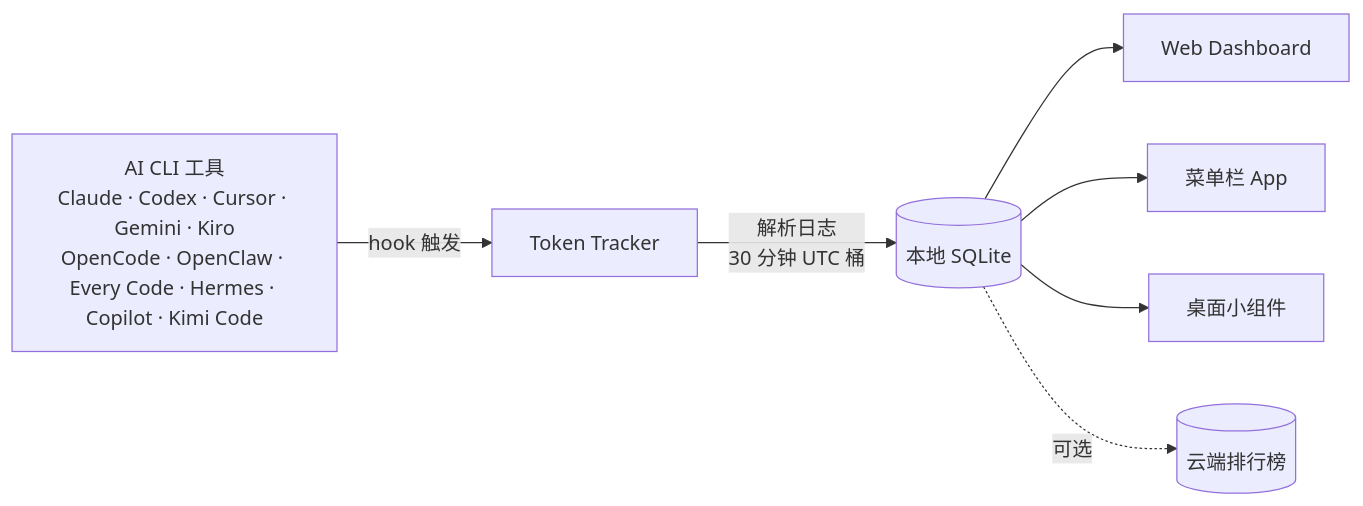
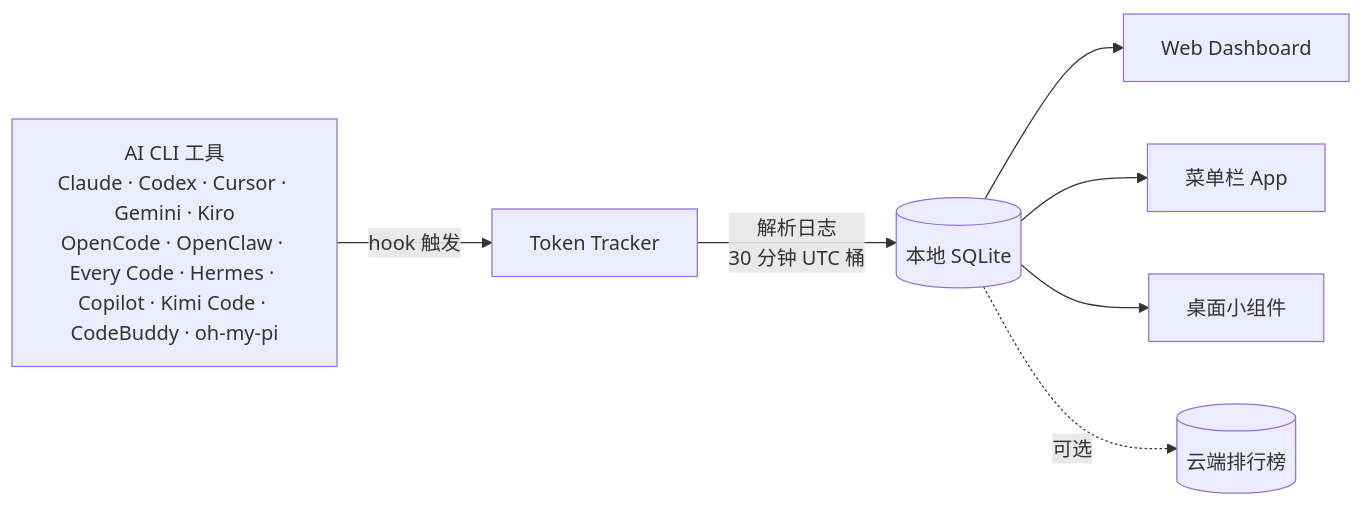
Before and after one commit to mm7894215/TokenTracker: the diagram in README.zh-CN.md, drawn with Mermaid. The commit also changed other lines of this file and 10 other files, not shown here.

````diff
--- a/README.zh-CN.md
+++ b/README.zh-CN.md
@@ -186,10 +188,10 @@
 ```mermaid
 flowchart LR
-    A["AI CLI 工具<br/>Claude · Codex · Cursor · Gemini · Kiro<br/>OpenCode · OpenClaw · Every Code · Hermes · Copilot · Kimi Code"]
+    A["AI CLI 工具<br/>Claude · Codex · Cursor · Gemini · Kiro<br/>OpenCode · OpenClaw · Every Code · Hermes · Copilot · Kimi Code · CodeBuddy · oh-my-pi"]
     A -->|hook 触发| B[Token Tracker]
     B -->|解析日志<br/>30 分钟 UTC 桶| C[(本地 SQLite)]
     C --> D[Web Dashboard]
     C --> E[菜单栏 App]
     C --> F[桌面小组件]
     C -.->|可选| G[(云端排行榜)]
 ```
````
